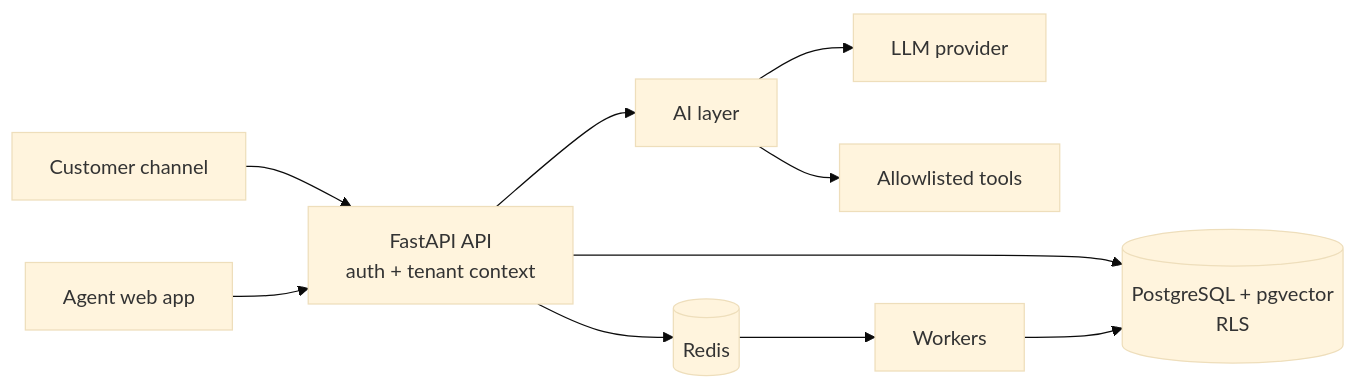
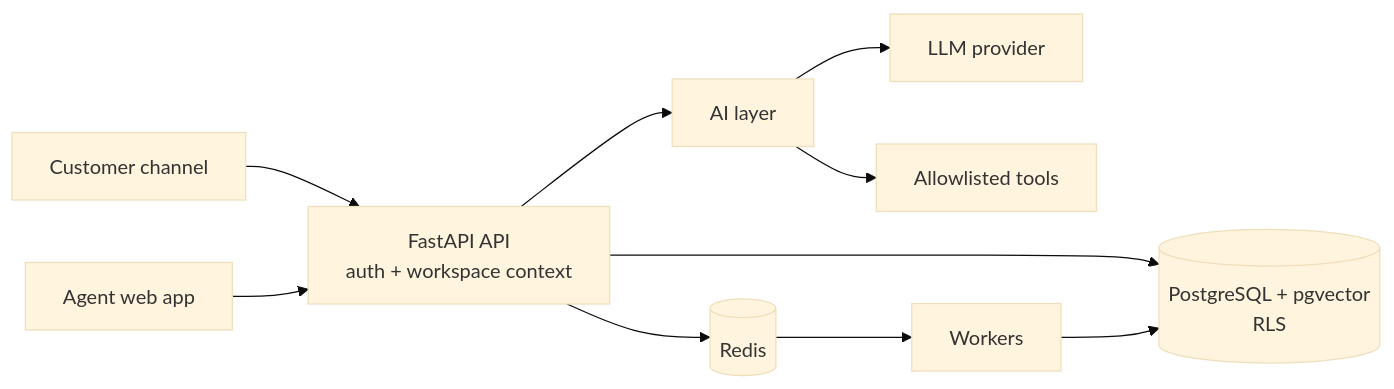
The second of 3 diagrams in docs/architecture.md (abdulsammad2004/resolveai), drawn with Mermaid (base theme) before and after one commit. The commit also changed other lines of this file, not shown here.

Commit message:
Align architecture doc with implemented auth and tenancy

````diff
--- a/docs/architecture.md
+++ b/docs/architecture.md
@@ -135,12 +132,12 @@
 ```mermaid
 flowchart LR
   C[Customer channel] --> API
   A[Agent web app] --> API
-  API[FastAPI API<br/>auth + tenant context] --> DB[(PostgreSQL + pgvector<br/>RLS)]
+  API[FastAPI API<br/>auth + workspace context] --> DB[(PostgreSQL + pgvector<br/>RLS)]
   API --> R[(Redis)]
   API --> AI[AI layer]
   AI --> LLM[LLM provider]
   AI --> T[Allowlisted tools]
   R --> W[Workers]
   W --> DB
 ```
````
